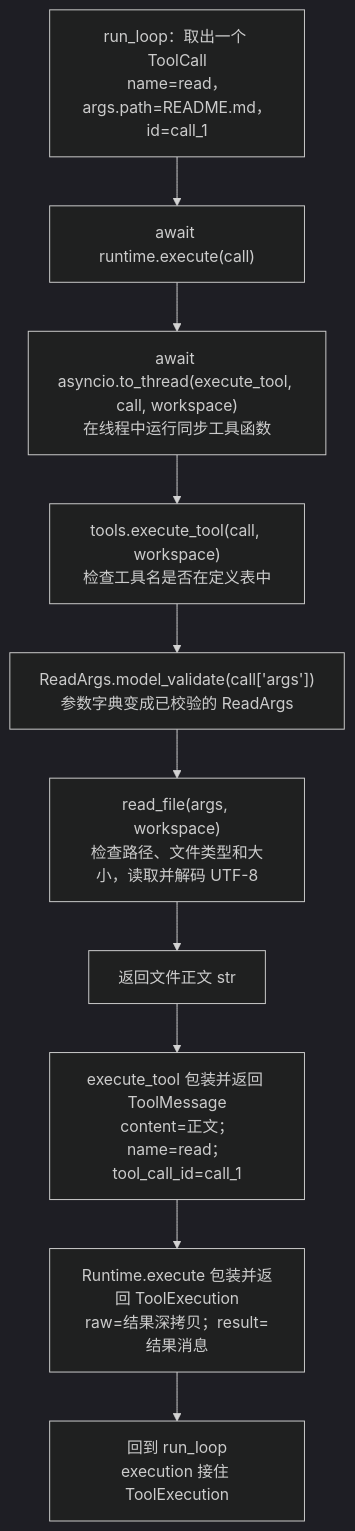
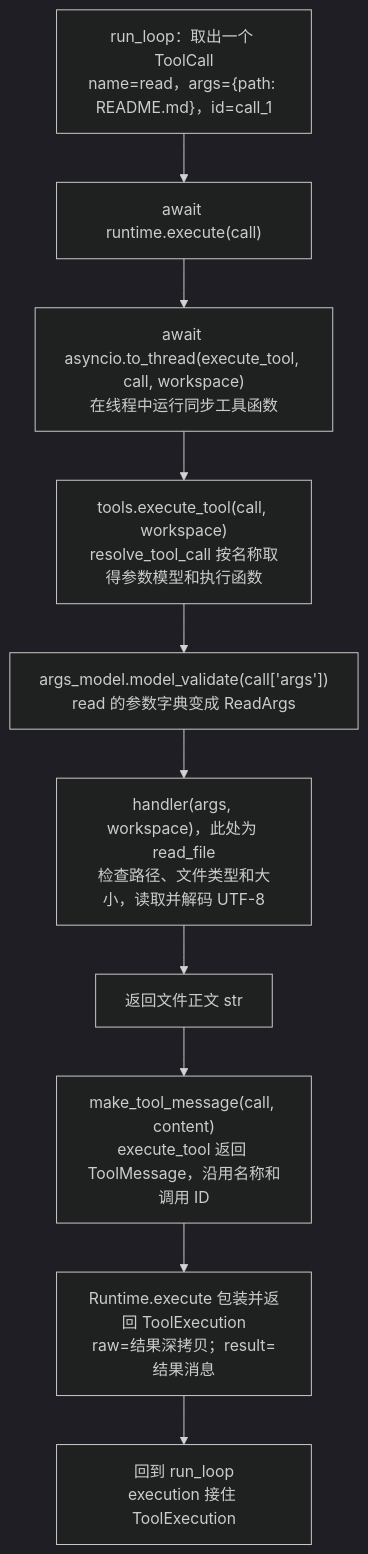
One commit to juemimgcd/Zeta changed the second of 2 diagrams in days/day1.md. Above: the diagram before and after it, drawn with Mermaid (dark theme). The commit also changed other lines of this file and 21 other files, not shown here.

````diff
--- a/days/day1.md
+++ b/days/day1.md
@@ -428,12 +415,12 @@
 ```mermaid
 flowchart TD
-    CALL["run_loop：取出一个 ToolCall<br/>name=read，args.path=README.md，id=call_1"] --> EXEC["await runtime.execute(call)"]
+    CALL["run_loop：取出一个 ToolCall<br/>name=read，args={path: README.md}，id=call_1"] --> EXEC["await runtime.execute(call)"]
     EXEC --> THREAD["await asyncio.to_thread(execute_tool, call, workspace)<br/>在线程中运行同步工具函数"]
-    THREAD --> DISPATCH["tools.execute_tool(call, workspace)<br/>检查工具名是否在定义表中"]
-    DISPATCH --> ARGS["ReadArgs.model_validate(call['args'])<br/>参数字典变成已校验的 ReadArgs"]
-    ARGS --> READ["read_file(args, workspace)<br/>检查路径、文件类型和大小，读取并解码 UTF-8"]
+    THREAD --> DISPATCH["tools.execute_tool(call, workspace)<br/>resolve_tool_call 按名称取得参数模型和执行函数"]
+    DISPATCH --> ARGS["args_model.model_validate(call['args'])<br/>read 的参数字典变成 ReadArgs"]
+    ARGS --> READ["handler(args, workspace)，此处为 read_file<br/>检查路径、文件类型和大小，读取并解码 UTF-8"]
     READ --> TEXT["返回文件正文 str"]
-    TEXT --> TOOLMSG["execute_tool 包装并返回 ToolMessage<br/>content=正文；name=read；tool_call_id=call_1"]
+    TEXT --> TOOLMSG["make_tool_message(call, content)<br/>execute_tool 返回 ToolMessage，沿用名称和调用 ID"]
     TOOLMSG --> PAIR["Runtime.execute 包装并返回 ToolExecution<br/>raw=结果深拷贝；result=结果消息"]
     PAIR --> BACK["回到 run_loop<br/>execution 接住 ToolExecution"]
 ```
````
